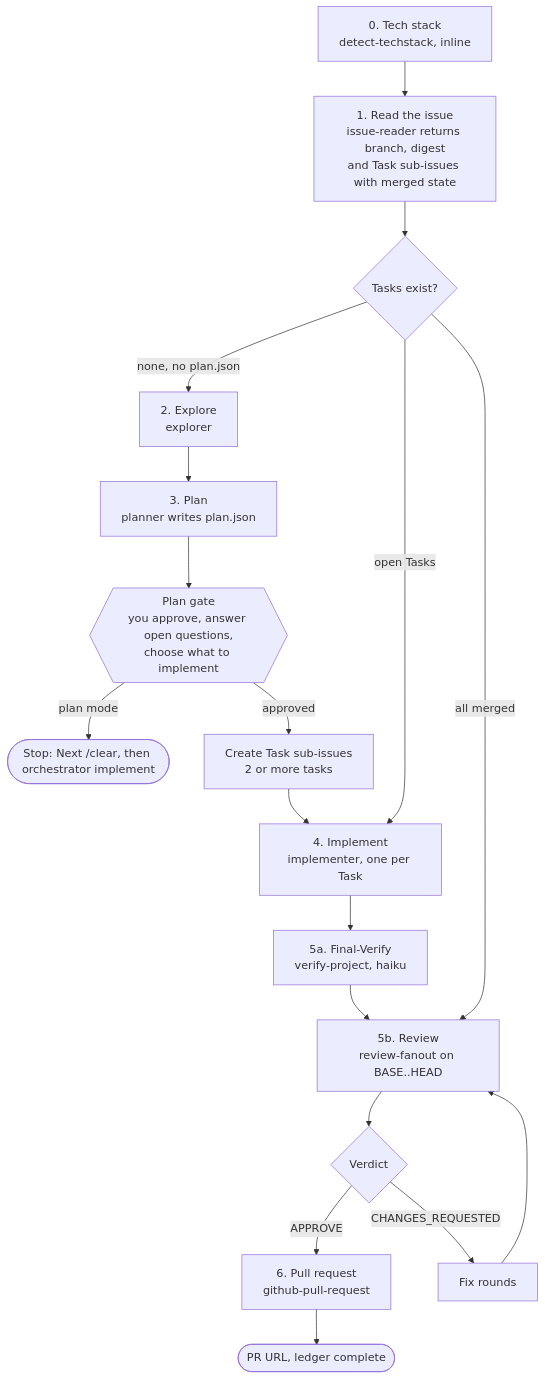
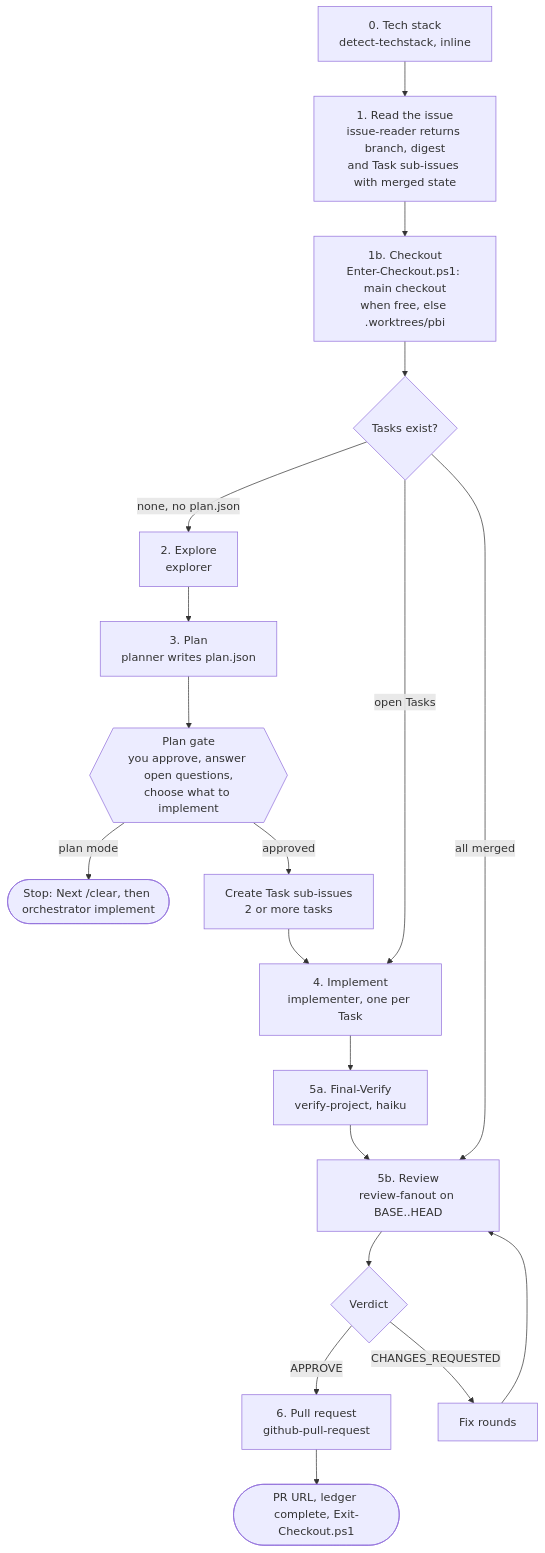
The second of 11 diagrams in docs/orchestrator.md (GravionLabs/apm-hub), drawn with Mermaid before and after one commit. The commit also changed other lines of this file and 4 other files, not shown here.

````diff
--- a/docs/orchestrator.md
+++ b/docs/orchestrator.md
@@ -62,18 +62,18 @@
 ```mermaid
 flowchart TD
-    S0["0. Tech stack<br/>detect-techstack, inline"] --> S1["1. Read the issue<br/>issue-reader returns branch, digest<br/>and Task sub-issues with merged state"]
-    S1 --> Q{"Tasks exist?"}
+    S0["0. Tech stack<br/>detect-techstack, inline"] --> S1["1. Read the issue<br/>issue-reader returns branch, digest<br/>and Task sub-issues with merged state"] --> S1B["1b. Checkout<br/>Enter-Checkout.ps1: main checkout<br/>when free, else .worktrees/pbi"]
+    S1B --> Q{"Tasks exist?"}
     Q -->|"none, no plan.json"| S2["2. Explore<br/>explorer"]
     Q -->|"open Tasks"| S4
     Q -->|"all merged"| S5
     S2 --> S3["3. Plan<br/>planner writes plan.json"]
     S3 --> G1{{"Plan gate<br/>you approve, answer open questions,<br/>choose what to implement"}}
     G1 -->|"plan mode"| STOP([Stop: Next /clear, then orchestrator implement])
     G1 -->|"approved"| PUB["Create Task sub-issues<br/>2 or more tasks"]
     PUB --> S4["4. Implement<br/>implementer, one per Task"]
     S4 --> FV["5a. Final-Verify<br/>verify-project, haiku"] --> S5["5b. Review<br/>review-fanout on BASE..HEAD"]
     S5 --> V{"Verdict"}
     V -->|"APPROVE"| S6["6. Pull request<br/>github-pull-request"]
     V -->|"CHANGES_REQUESTED"| FIX["Fix rounds"] --> S5
-    S6 --> END([PR URL, ledger complete])
+    S6 --> END([PR URL, ledger complete, Exit-Checkout.ps1])
 ```
````
